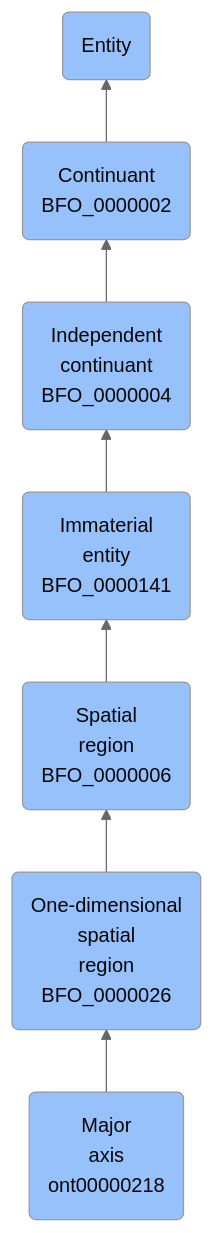
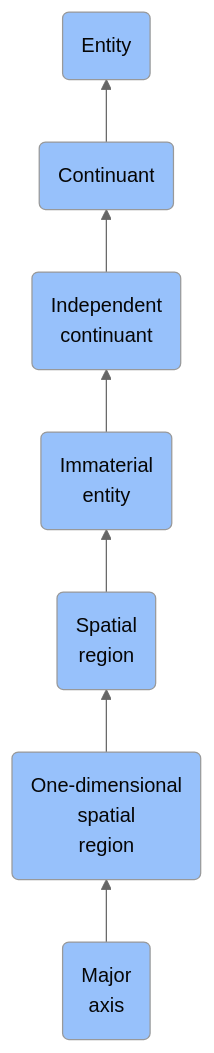
One commit to jupyter-naas/abi changed the diagram in docs/ontology/reference/model/Entity/Continuant/Independent continuant/Immaterial entity/Spatial region/One-dimensional spatial region/Major axis/Major axis.md. Above: the diagram before and after it, drawn with Mermaid (neutral theme). The commit also changed other lines of this file and 1430 other files, not shown here.

````diff
--- a/docs/ontology/reference/model/Entity/Continuant/Independent continuant/Immaterial entity/Spatial region/One-dimensional spatial region/Major axis/Major axis.md
+++ b/docs/ontology/reference/model/Entity/Continuant/Independent continuant/Immaterial entity/Spatial region/One-dimensional spatial region/Major axis/Major axis.md
@@ -24,14 +24,14 @@
 ```mermaid
 graph BT
-    ont00000218(Major<br>axis<br>ont00000218):::BFO-->BFO_0000026
-    BFO_0000026(One-dimensional<br>spatial<br>region<br>BFO_0000026):::BFO-->BFO_0000006
-    BFO_0000006(Spatial<br>region<br>BFO_0000006):::BFO-->BFO_0000141
-    BFO_0000141(Immaterial<br>entity<br>BFO_0000141):::BFO-->BFO_0000004
-    BFO_0000004(Independent<br>continuant<br>BFO_0000004):::BFO-->BFO_0000002
-    BFO_0000002(Continuant<br>BFO_0000002):::BFO-->BFO_0000001
+    ont00000218(Major<br>axis):::BFO-->BFO_0000026
+    BFO_0000026(One-dimensional<br>spatial<br>region):::BFO-->BFO_0000006
+    BFO_0000006(Spatial<br>region):::BFO-->BFO_0000141
+    BFO_0000141(Immaterial<br>entity):::BFO-->BFO_0000004
+    BFO_0000004(Independent<br>continuant):::BFO-->BFO_0000002
+    BFO_0000002(Continuant):::BFO-->BFO_0000001
     BFO_0000001(Entity):::BFO
     
     classDef BFO fill:#97c1fb,color:#060606
     classDef CCO fill:#e4c51e,color:#060606
     classDef ABI fill:#48DD82,color:#060606
 ```
````
